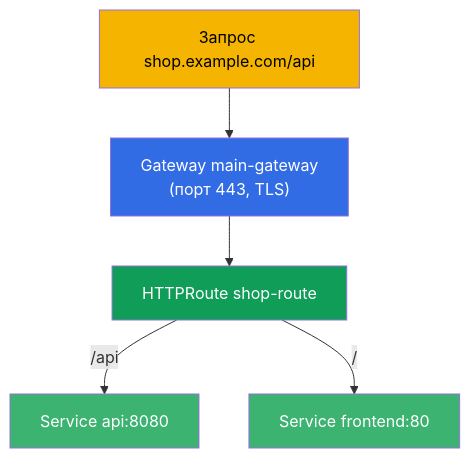
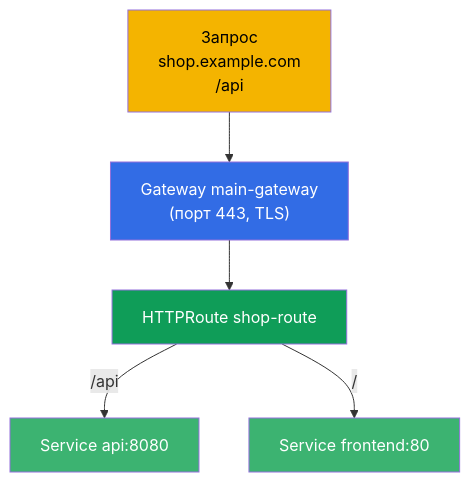
One commit to ViktorUJ/cks changed the fourth of 8 diagrams in tasks/cka/course/33/ru.md. Above: the diagram before and after it, drawn with Mermaid. The commit also changed other lines of this file and 30 other files, not shown here.

````diff
--- a/tasks/cka/course/33/ru.md
+++ b/tasks/cka/course/33/ru.md
@@ -149,13 +132,13 @@
 ```mermaid
 flowchart TB
-    req["Запрос shop.example.com/api"]
+    req["Запрос<br>shop.example.com<br>/api"]
     req --> gw["Gateway main-gateway<br>(порт 443, TLS)"]
     gw --> route["HTTPRoute shop-route"]
     route -->|"/api"| api["Service api:8080"]
     route -->|"/"| fe["Service frontend:80"]
     style req fill:#f4b400,color:#000
     style gw fill:#326ce5,color:#fff
     style route fill:#0f9d58,color:#fff
     style api fill:#3cb371,color:#fff
     style fe fill:#3cb371,color:#fff
 ```
````
